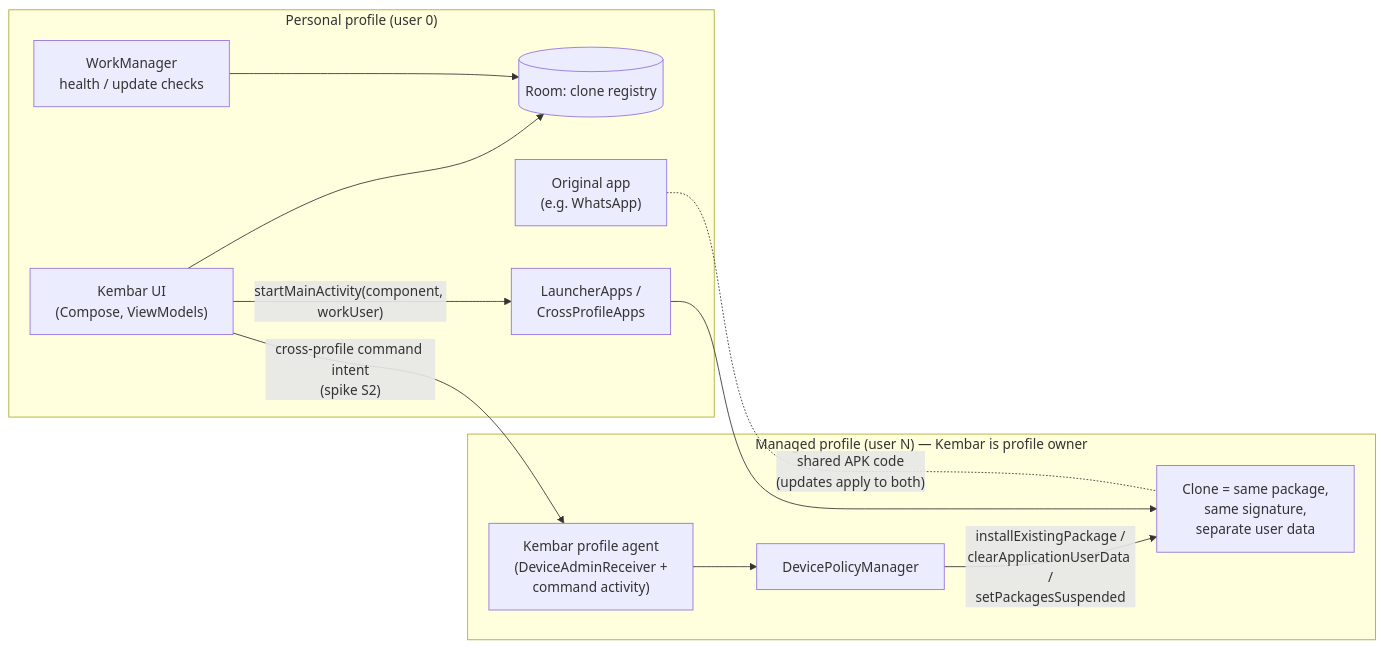
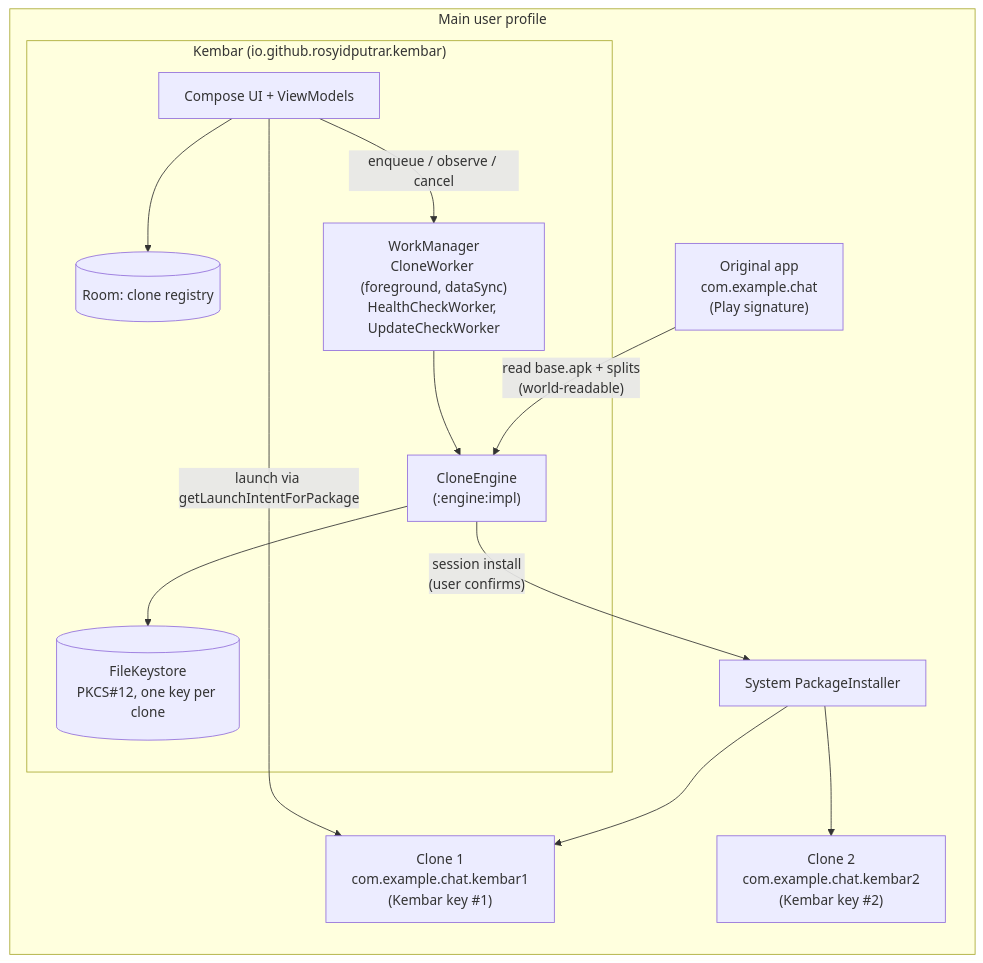
One commit to Rosyidputrar/cloner changed the first of 4 diagrams in docs/architecture.md. Above: the diagram before and after it, drawn with Mermaid. The commit also changed other lines of this file and 5 other files, not shown here.

Commit message:
docs: switch clone engine to repackaging and pin toolchain

````diff
--- a/docs/architecture.md
+++ b/docs/architecture.md
@@ -9,22 +7,22 @@
 ```mermaid
 flowchart LR
-  subgraph P["Personal profile (user 0)"]
-    UI["Kembar UI<br/>(Compose, ViewModels)"]
-    DB[("Room: clone registry")]
-    WM["WorkManager<br/>health / update checks"]
-    LA["LauncherApps /<br/>CrossProfileApps"]
-    ORIG["Original app<br/>(e.g. WhatsApp)"]
+  subgraph Device["Main user profile"]
+    ORIG["Original app<br/>com.example.chat<br/>(Play signature)"]
+    subgraph K["Kembar (io.github.rosyidputrar.kembar)"]
+      UI["Compose UI + ViewModels"]
+      DB[("Room: clone registry")]
+      WM["WorkManager<br/>CloneWorker (foreground, dataSync)<br/>HealthCheckWorker, UpdateCheckWorker"]
+      ENG["CloneEngine<br/>(:engine:impl)"]
+      KS[("FileKeystore<br/>PKCS#12, one key per clone")]
+    end
+    C1["Clone 1<br/>com.example.chat.kembar1<br/>(Kembar key #1)"]
+    C2["Clone 2<br/>com.example.chat.kembar2<br/>(Kembar key #2)"]
+    PI["System PackageInstaller"]
   end
-  subgraph W["Managed profile (user N) — Kembar is profile owner"]
-    AG["Kembar profile agent<br/>(DeviceAdminReceiver +<br/>command activity)"]
-    DPM["DevicePolicyManager"]
-    CLONE["Clone = same package,<br/>same signature,<br/>separate user data"]
-  end
+  ORIG -- "read base.apk + splits<br/>(world-readable)" --> ENG
   UI --> DB
-  WM --> DB
-  UI -- "cross-profile command intent<br/>(spike S2)" --> AG
-  AG --> DPM
-  DPM -- "installExistingPackage /<br/>clearApplicationUserData /<br/>setPackagesSuspended" --> CLONE
-  UI -- "startMainActivity(component, workUser)" --> LA --> CLONE
-  ORIG -. "shared APK code<br/>(updates apply to both)" .- CLONE
+  UI -- "enqueue / observe / cancel" --> WM --> ENG
+  ENG --> KS
+  ENG -- "session install<br/>(user confirms)" --> PI --> C1 & C2
+  UI -- "launch via getLaunchIntentForPackage" --> C1
 ```
````
